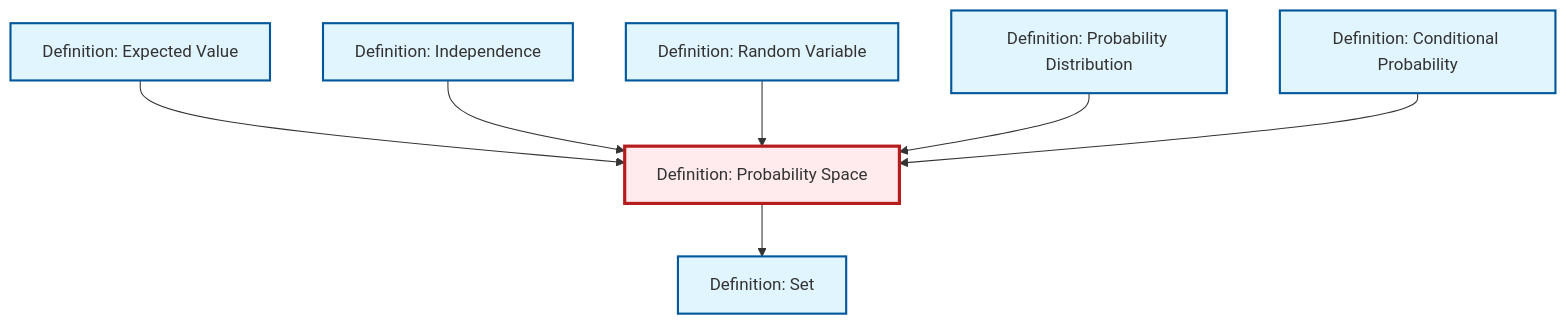
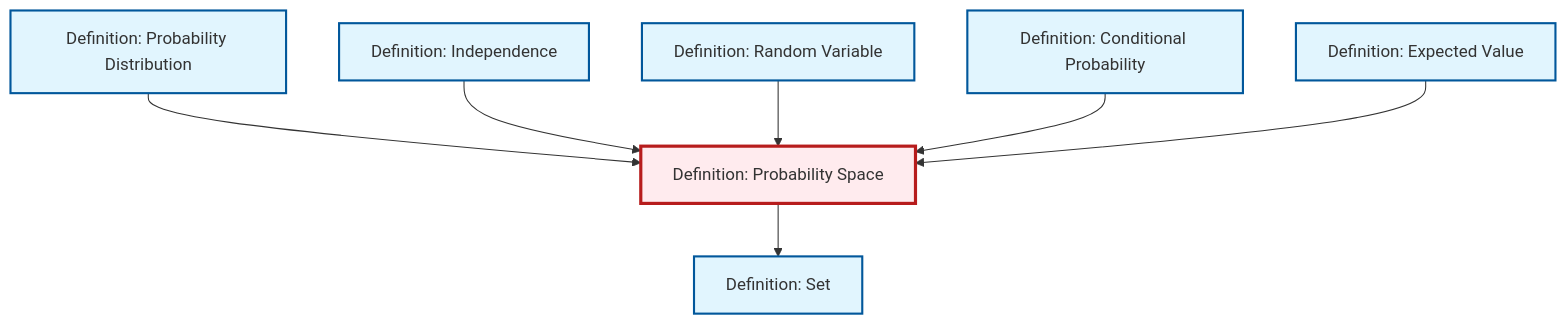
Before and after one commit to RK0429/ModernMath: the diagram in content/en/probability-statistics/def-probability-space.qmd, drawn with Mermaid. The commit also changed other lines of this file and 328 other files, not shown here.

````diff
--- a/content/en/probability-statistics/def-probability-space.qmd
+++ b/content/en/probability-statistics/def-probability-space.qmd
@@ -46,29 +46,29 @@
 ```{mermaid}
 %%| fig-cap: "Local dependency graph"
 graph TD
     classDef definition fill:#e1f5fe,stroke:#01579b,stroke-width:2px
     classDef theorem fill:#f3e5f5,stroke:#4a148c,stroke-width:2px
     classDef axiom fill:#fff3e0,stroke:#e65100,stroke-width:2px
     classDef example fill:#e8f5e9,stroke:#1b5e20,stroke-width:2px
     classDef current fill:#ffebee,stroke:#b71c1c,stroke-width:3px
+    def-random-variable["Definition: Random Variable"]:::definition
+    def-independence["Definition: Independence"]:::definition
     def-set["Definition: Set"]:::definition
+    def-probability-distribution["Definition: Probability Distribution"]:::definition
     def-probability-space["Definition: Probability Space"]:::definition
-    def-independence["Definition: Independence"]:::definition
     def-expectation["Definition: Expected Value"]:::definition
-    def-probability-distribution["Definition: Probability Distribution"]:::definition
     def-conditional-probability["Definition: Conditional Probability"]:::definition
-    def-random-variable["Definition: Random Variable"]:::definition
+    def-probability-distribution --> def-probability-space
+    def-independence --> def-probability-space
+    def-probability-space --> def-set
+    def-random-variable --> def-probability-space
+    def-conditional-probability --> def-probability-space
     def-expectation --> def-probability-space
-    def-probability-space --> def-set
-    def-independence --> def-probability-space
-    def-random-variable --> def-probability-space
-    def-probability-distribution --> def-probability-space
-    def-conditional-probability --> def-probability-space
     class def-probability-space current
+    click def-random-variable "def-random-variable.html" "Go to Random Variable definition"
+    click def-independence "def-independence.html" "Go to Independence definition"
     click def-set "def-set.html" "Go to Set definition"
-    click def-independence "def-independence.html" "Go to Independence definition"
+    click def-probability-distribution "def-probability-distribution.html" "Go to Probability Distribution definition"
     click def-expectation "def-expectation.html" "Go to Expected Value definition"
-    click def-probability-distribution "def-probability-distribution.html" "Go to Probability Distribution definition"
     click def-conditional-probability "def-conditional-probability.html" "Go to Conditional Probability definition"
-    click def-random-variable "def-random-variable.html" "Go to Random Variable definition"
 ```
````
